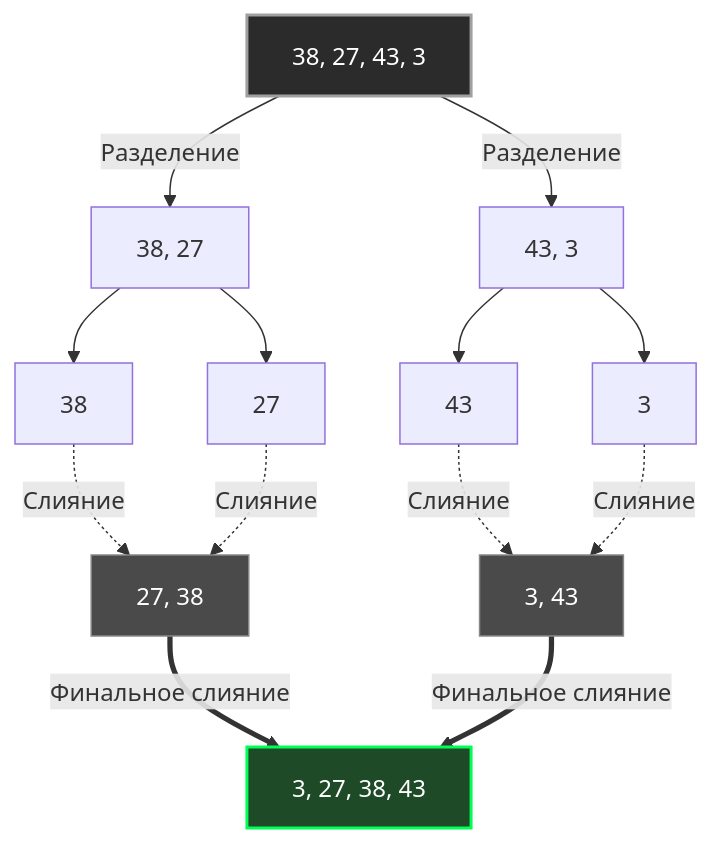
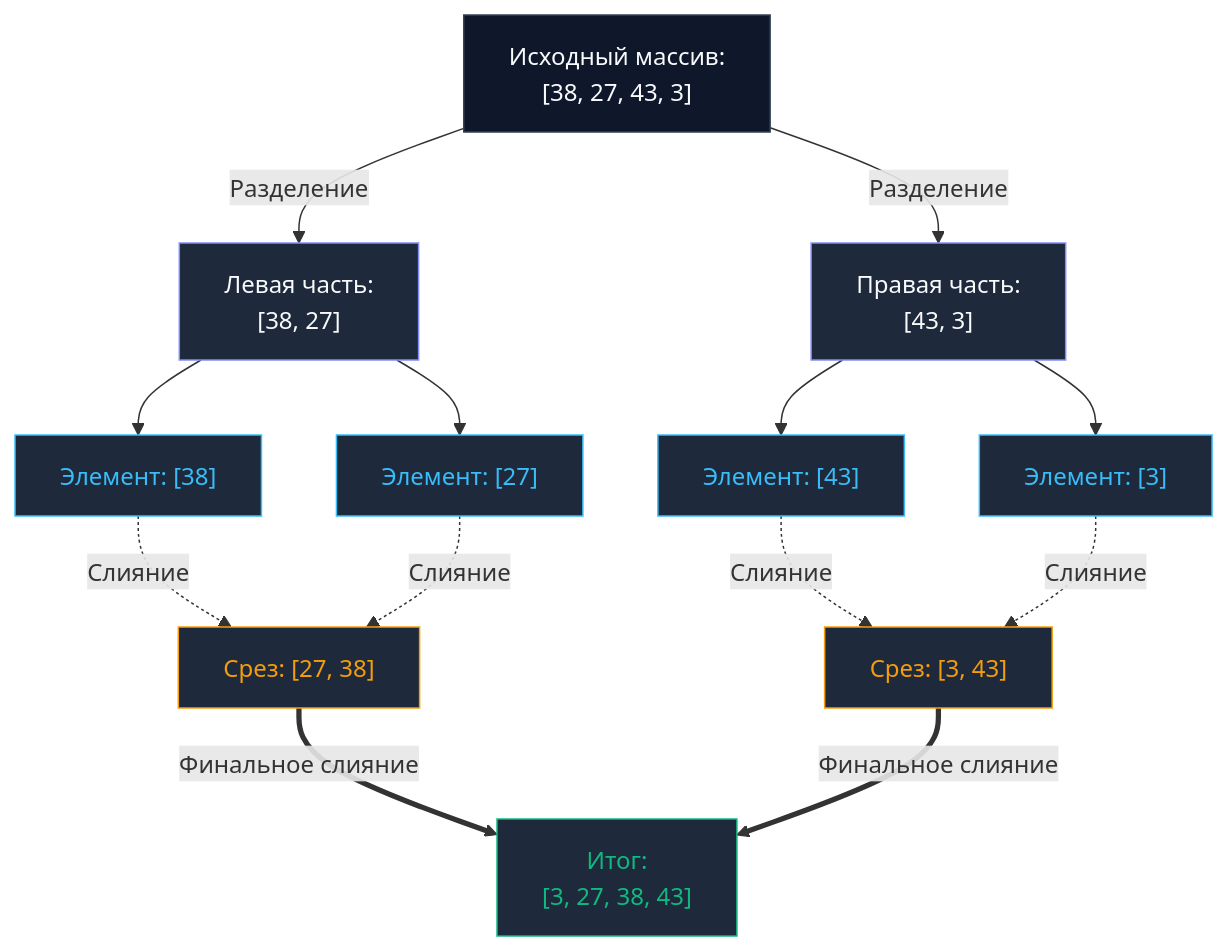
Before and after one commit to UnrealTemplier/go-textbook: the diagram in sources/20. Алгоритмы и структуры данных (DSA) на Go/08. Сортировки/3. Merge sort.md, drawn with Mermaid. The commit also changed other lines of this file, not shown here.

````diff
--- a/sources/20. Алгоритмы и структуры данных (DSA) на Go/08. Сортировки/3. Merge sort.md
+++ b/sources/20. Алгоритмы и структуры данных (DSA) на Go/08. Сортировки/3. Merge sort.md
@@ -15,24 +18,31 @@
 ```mermaid
 flowchart TD
-    A["38, 27, 43, 3"] -->|"Разделение"| B["38, 27"]
-    A -->|"Разделение"| C["43, 3"]
+    A["Исходный массив:<br/>[38, 27, 43, 3]"] -->|"Разделение"| B["Левая часть:<br/>[38, 27]"]
+    A -->|"Разделение"| C["Правая часть:<br/>[43, 3]"]
 
-    B --> D["38"]
-    B --> E["27"]
-    C --> F["43"]
-    C --> G["3"]
+    B --> D["Элемент: [38]"]
+    B --> E["Элемент: [27]"]
+    C --> F["Элемент: [43]"]
+    C --> G["Элемент: [3]"]
 
-    D -.->|"Слияние"| H["27, 38"]
+    D -.->|"Слияние"| H["Срез: [27, 38]"]
     E -.->|"Слияние"| H
 
-    F -.->|"Слияние"| I["3, 43"]
+    F -.->|"Слияние"| I["Срез: [3, 43]"]
     G -.->|"Слияние"| I
 
-    H ==>|"Финальное слияние"| J["3, 27, 38, 43"]
+    H ==>|"Финальное слияние"| J["Итог:<br/>[3, 27, 38, 43]"]
     I ==>|"Финальное слияние"| J
-    
-    style A fill:#2b2b2b,stroke:#a0a0a0,stroke-width:2px,color:#fff
-    style J fill:#1e4a28,stroke:#00ff55,stroke-width:2px,color:#fff
-    style H fill:#4a4a4a,stroke:#888,stroke-width:1px,color:#fff
-    style I fill:#4a4a4a,stroke:#888,stroke-width:1px,color:#fff
+
+    classDef default fill:#0f172a,stroke:#334155,color:#f8fafc
+    classDef branch fill:#1e293b,stroke:#818cf8,color:#f8fafc
+    classDef leaf fill:#1e293b,stroke:#38bdf8,color:#38bdf8
+    classDef merged fill:#1e293b,stroke:#f59e0b,color:#f59e0b
+    classDef success fill:#1e293b,stroke:#10b981,color:#10b981
+
+    class A default
+    class B,C branch
+    class D,E,F,G leaf
+    class H,I merged
+    class J success
 ```
````
